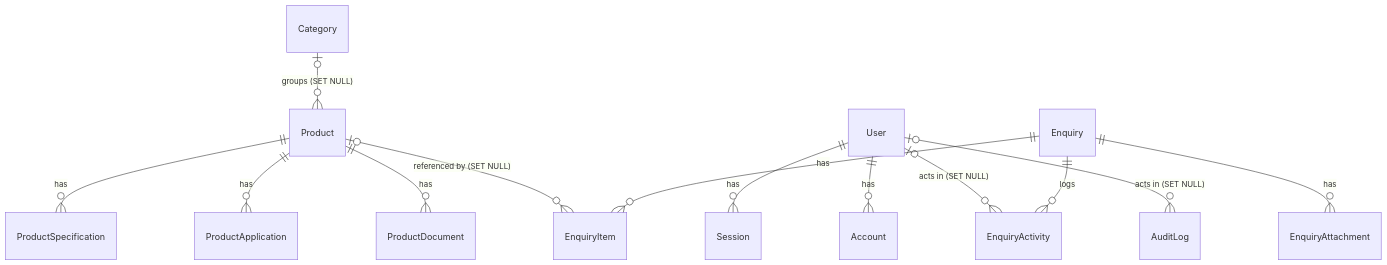
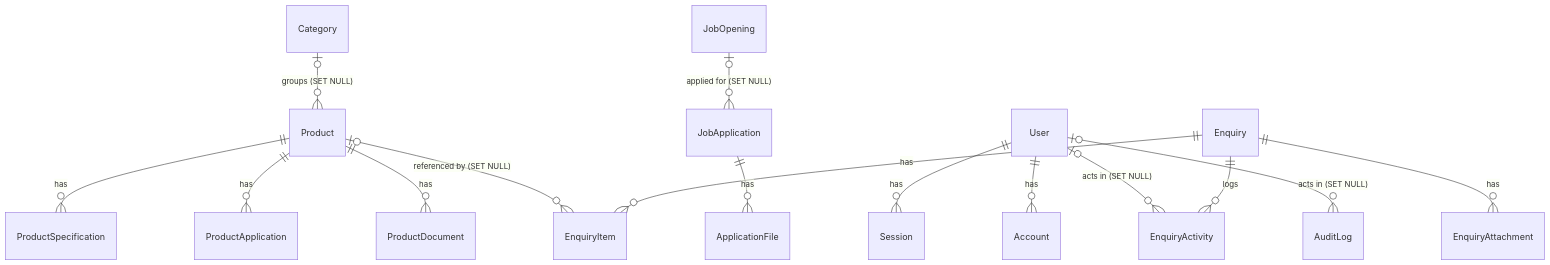
One commit to abhishekjaiswar221/aquila-organics-website changed the diagram in docs/database-design.md. Above: the diagram before and after it, drawn with Mermaid. The commit also changed other lines of this file and 2 other files, not shown here.

````diff
--- a/docs/database-design.md
+++ b/docs/database-design.md
@@ -14,15 +14,17 @@
 ```mermaid
 erDiagram
   User ||--o{ Session : has
   User ||--o{ Account : has
   User |o--o{ EnquiryActivity : "acts in (SET NULL)"
   User |o--o{ AuditLog : "acts in (SET NULL)"
   Category |o--o{ Product : "groups (SET NULL)"
   Product ||--o{ ProductSpecification : has
   Product ||--o{ ProductApplication : has
   Product ||--o{ ProductDocument : has
   Product |o--o{ EnquiryItem : "referenced by (SET NULL)"
   Enquiry ||--o{ EnquiryItem : has
   Enquiry ||--o{ EnquiryAttachment : has
   Enquiry ||--o{ EnquiryActivity : logs
+  JobOpening |o--o{ JobApplication : "applied for (SET NULL)"
+  JobApplication ||--o{ ApplicationFile : has
 ```
````
